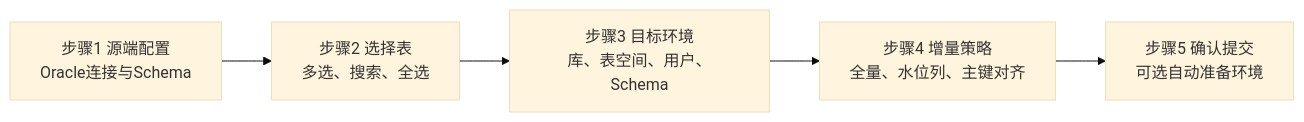
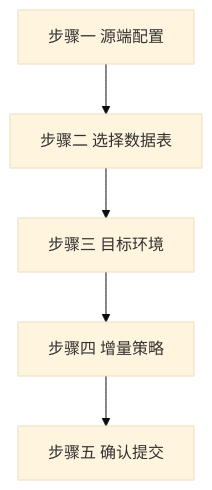
One commit to hayratjan/oracle2polardb_pg changed the second of 5 diagrams in README.md. Above: the diagram before and after it, drawn with Mermaid (base theme). The commit also changed other lines of this file and 1 other file, not shown here.

First line of the commit message:
fix: 修复 Mermaid 10.9.3 语法并中文化图表与 Logo 布局

````diff
--- a/README.md
+++ b/README.md
@@ -230,9 +225,9 @@
 ```mermaid
-flowchart LR
-  S1["步骤1 源端配置<br>Oracle连接与Schema"]
-  S2["步骤2 选择表<br>多选、搜索、全选"]
-  S3["步骤3 目标环境<br>库、表空间、用户、Schema"]
-  S4["步骤4 增量策略<br>全量、水位列、主键对齐"]
-  S5["步骤5 确认提交<br>可选自动准备环境"]
+flowchart TB
+  S1["步骤一 源端配置"]
+  S2["步骤二 选择数据表"]
+  S3["步骤三 目标环境"]
+  S4["步骤四 增量策略"]
+  S5["步骤五 确认提交"]
   S1 --> S2 --> S3 --> S4 --> S5
 ```
````
